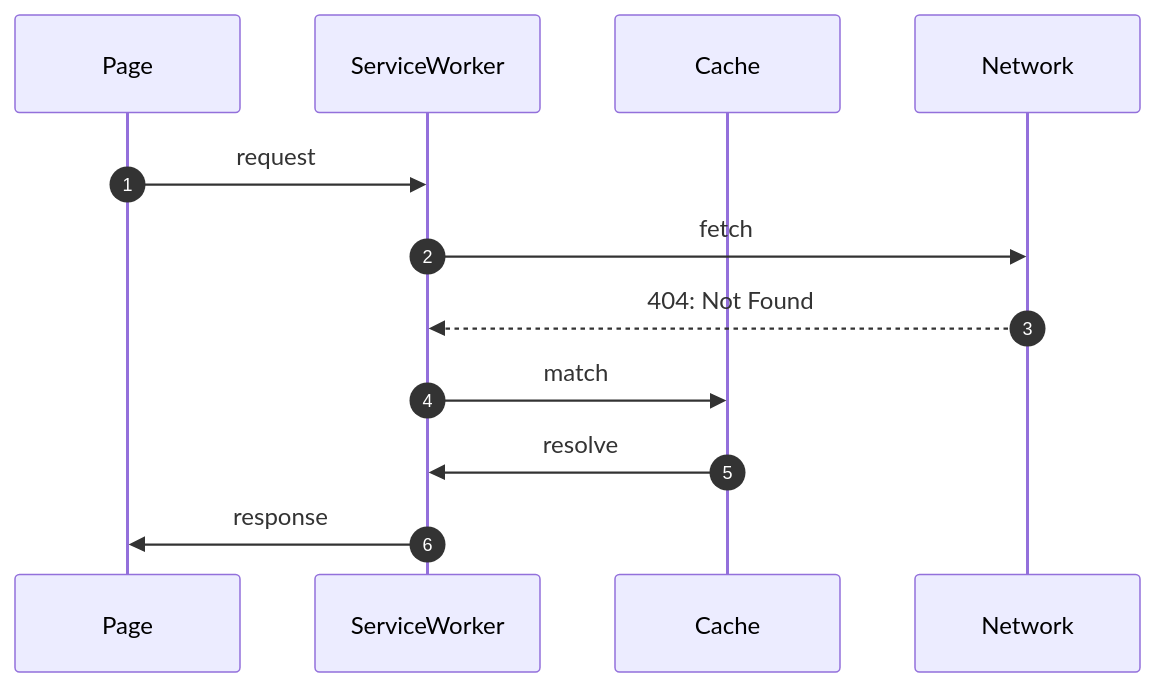
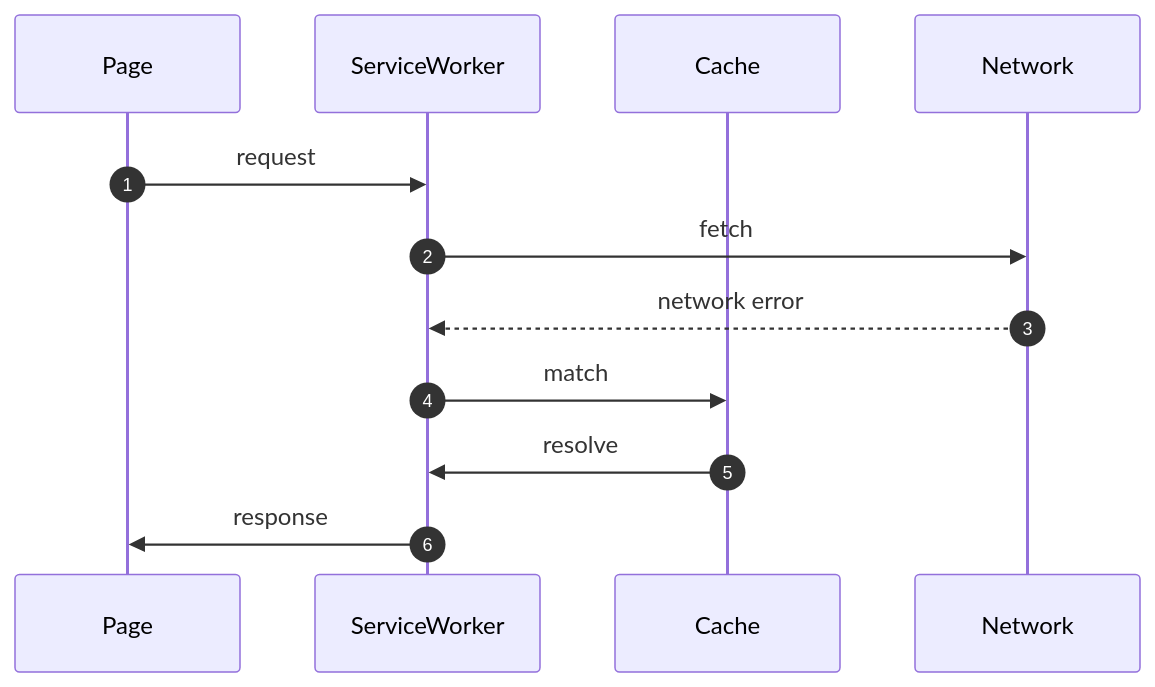
Before and after one commit to willfarrell/workbee: the third of 8 diagrams in README.md, drawn with Mermaid. The commit also changed other lines of this file and 174 other files, not shown here.

````diff
--- a/README.md
+++ b/README.md
@@ -159,14 +241,14 @@
 ```mermaid
 sequenceDiagram
     participant Page
     participant ServiceWorker
     participant Cache
     participant Network
     autonumber
     Page->>ServiceWorker: request
     ServiceWorker->>Network: fetch
-    Network-->>ServiceWorker: 404: Not Found
+    Network-->>ServiceWorker: network error
     ServiceWorker->>Cache: match
     Cache->>ServiceWorker: resolve
     ServiceWorker->>Page: response
 ```
````
